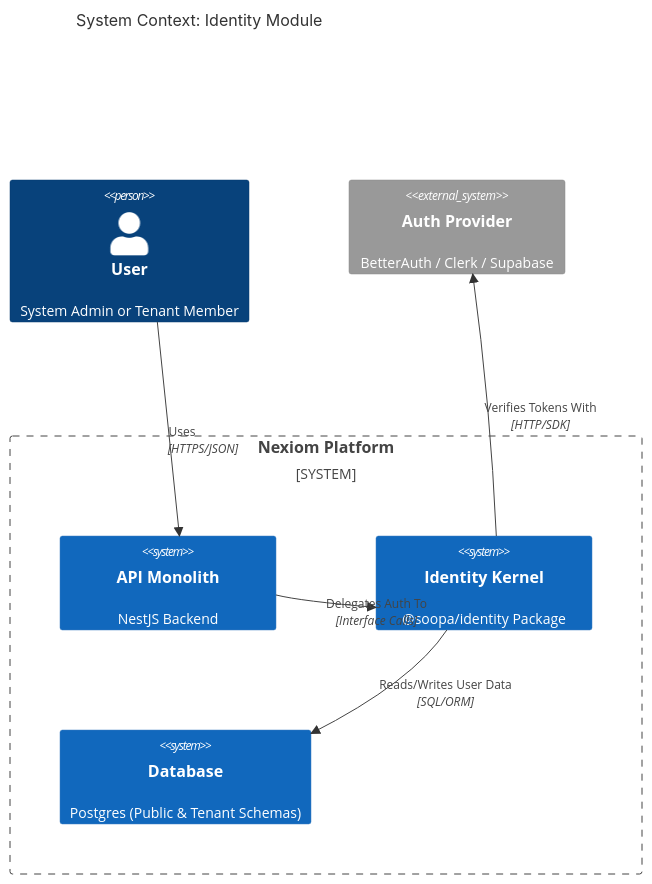
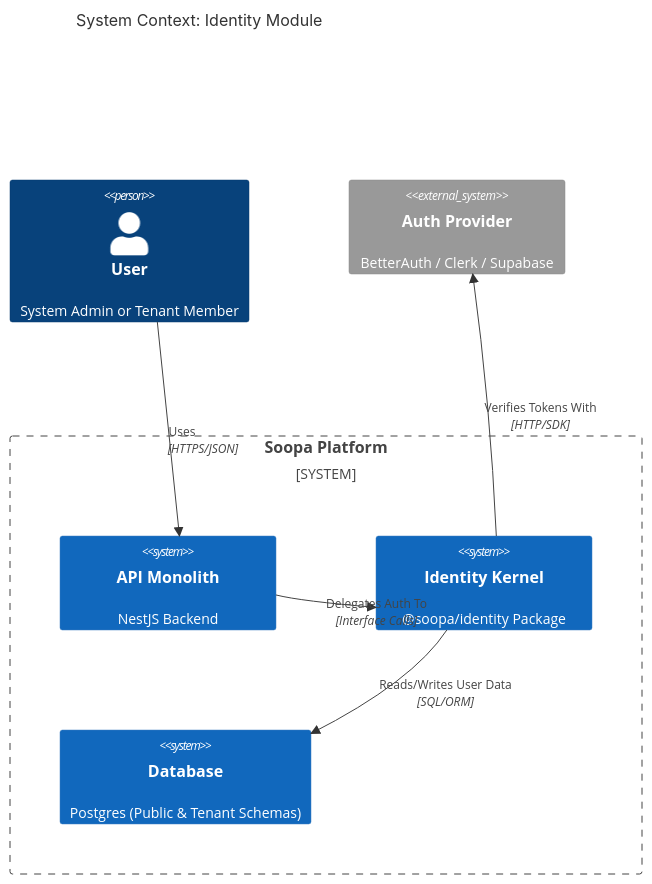
Before and after one commit to pramodnarayana/nexiom: the first of 4 diagrams in docs/draft/identity_module_design_doc.md, drawn with Mermaid. The commit also changed other lines of this file and 148 other files, not shown here.

````diff
--- a/docs/draft/identity_module_design_doc.md
+++ b/docs/draft/identity_module_design_doc.md
@@ -20,18 +20,18 @@
 ```mermaid
 C4Context
     title System Context: Identity Module
     
     Person(user, "User", "System Admin or Tenant Member")
     System_Ext(auth_provider, "Auth Provider", "BetterAuth / Clerk / Supabase")
     
-    System_Boundary(nexiom, "Nexiom Platform") {
+    System_Boundary(soopa, "Soopa Platform") {
         System(api, "API Monolith", "NestJS Backend")
         System(identity, "Identity Kernel", "@soopa/identity Package")
         System(db, "Database", "Postgres (Public & Tenant Schemas)")
     }
 
     Rel(user, api, "Uses", "HTTPS/JSON")
     Rel(api, identity, "Delegates Auth To", "Interface Calls")
     Rel(identity, auth_provider, "Verifies Tokens With", "HTTP/SDK")
     Rel(identity, db, "Reads/Writes User Data", "SQL/ORM")
 ```
````
